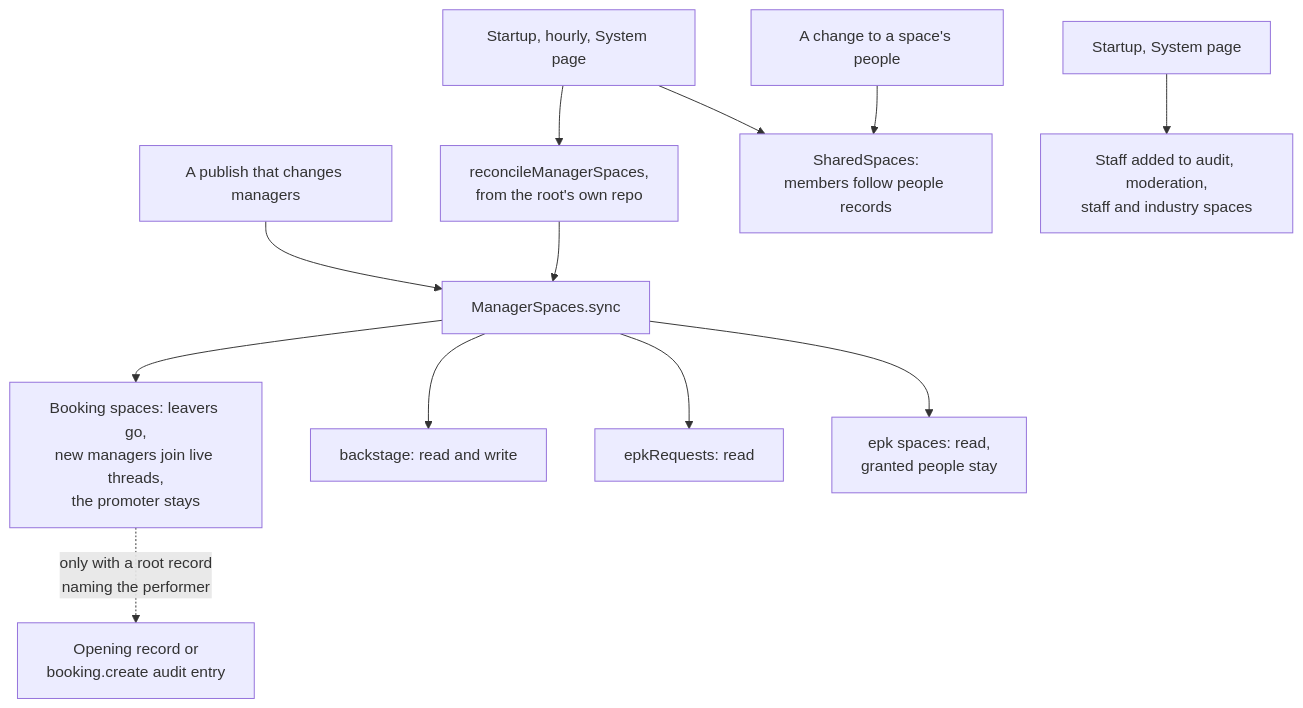
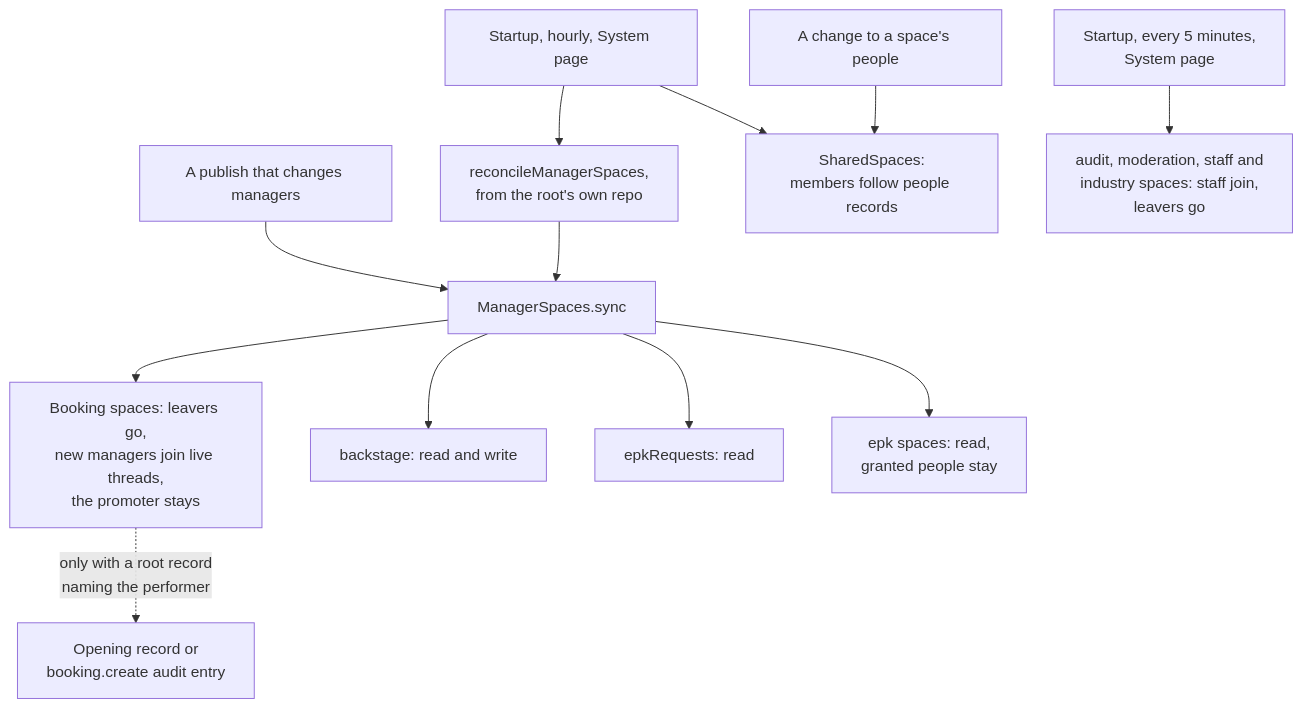
One commit to cutenode/localnetwork changed the eighth of 8 diagrams in apps/web/docs/diagrams/spaces.md. Above: the diagram before and after it, drawn with Mermaid. The commit also changed other lines of this file and 8 other files, not shown here.

First line of the commit message:
docs(web): bring the diagrams in line with the code

````diff
--- a/apps/web/docs/diagrams/spaces.md
+++ b/apps/web/docs/diagrams/spaces.md
@@ -178,14 +181,14 @@
 ```mermaid
 flowchart TD
   Publish["A publish that changes managers"] --> Managers["ManagerSpaces.sync"]
   Hourly["Startup, hourly, System page"] --> All["reconcileManagerSpaces,<br/>from the root's own repo"]
   All --> Managers
   Managers --> Threads["Booking spaces: leavers go,<br/>new managers join live threads,<br/>the promoter stays"]
   Managers --> Back["backstage: read and write"]
   Managers --> Asks["epkRequests: read"]
   Managers --> Kits["epk spaces: read,<br/>granted people stay"]
   Hourly --> Shared["SharedSpaces:<br/>members follow people records"]
   People["A change to a space's people"] --> Shared
-  Boot["Startup, System page"] --> Staff["Staff added to audit, moderation,<br/>staff and industry spaces"]
+  Boot["Startup, every 5 minutes,<br/>System page"] --> Staff["audit, moderation, staff and<br/>industry spaces: staff join,<br/>leavers go"]
   Threads -. "only with a root record<br/>naming the performer" .-> Root["Opening record or<br/>booking.create audit entry"]
 ```
````
